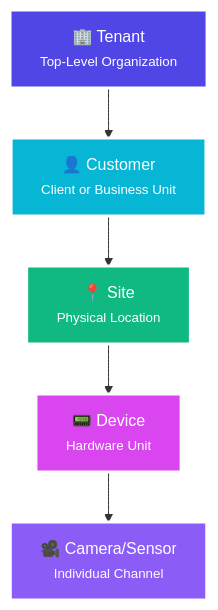
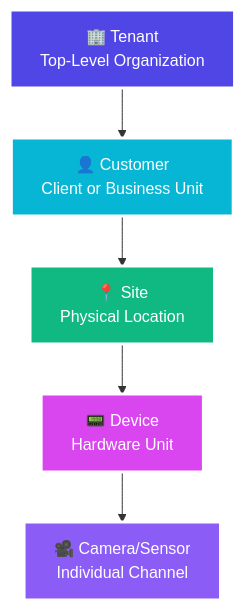
The diagram in classic/docs/platform-fundamentals-hierarchy-model.md (albabdel/NXGDocs), drawn with Mermaid before and after one commit. The commit also changed 32 other files, not shown here.

````diff
--- a/classic/docs/platform-fundamentals-hierarchy-model.md
+++ b/classic/docs/platform-fundamentals-hierarchy-model.md
@@ -69,13 +69,18 @@
 ```mermaid
 graph TD
-    A[🏢 Tenant<br/><small>Top-Level Organization</small>] --> B[👤 Customer<br/><small>Client or Business Unit</small>]
-    B --> C[📍 Site<br/><small>Physical Location</small>]
-    C --> D[📟 Device<br/><small>Hardware Unit</small>]
-    D --> E[🎥 Camera/Sensor<br/><small>Individual Channel</small>]
-    
+    A["🏢 Tenant
+    Top-Level Organization"] --> B["👤 Customer
+    Client or Business Unit"]
+    B --> C["📍 Site
+    Physical Location"]
+    C --> D["📟 Device
+    Hardware Unit"]
+    D --> E["🎥 Camera/Sensor
+    Individual Channel"]
+
     style A fill:#4F46E5,stroke:#fff,stroke-width:3px,color:#fff
     style B fill:#06B6D4,stroke:#fff,stroke-width:3px,color:#fff
     style C fill:#10B981,stroke:#fff,stroke-width:3px,color:#fff
     style D fill:#D946EF,stroke:#fff,stroke-width:3px,color:#fff
     style E fill:#8B5CF6,stroke:#fff,stroke-width:3px,color:#fff
 ```
````
